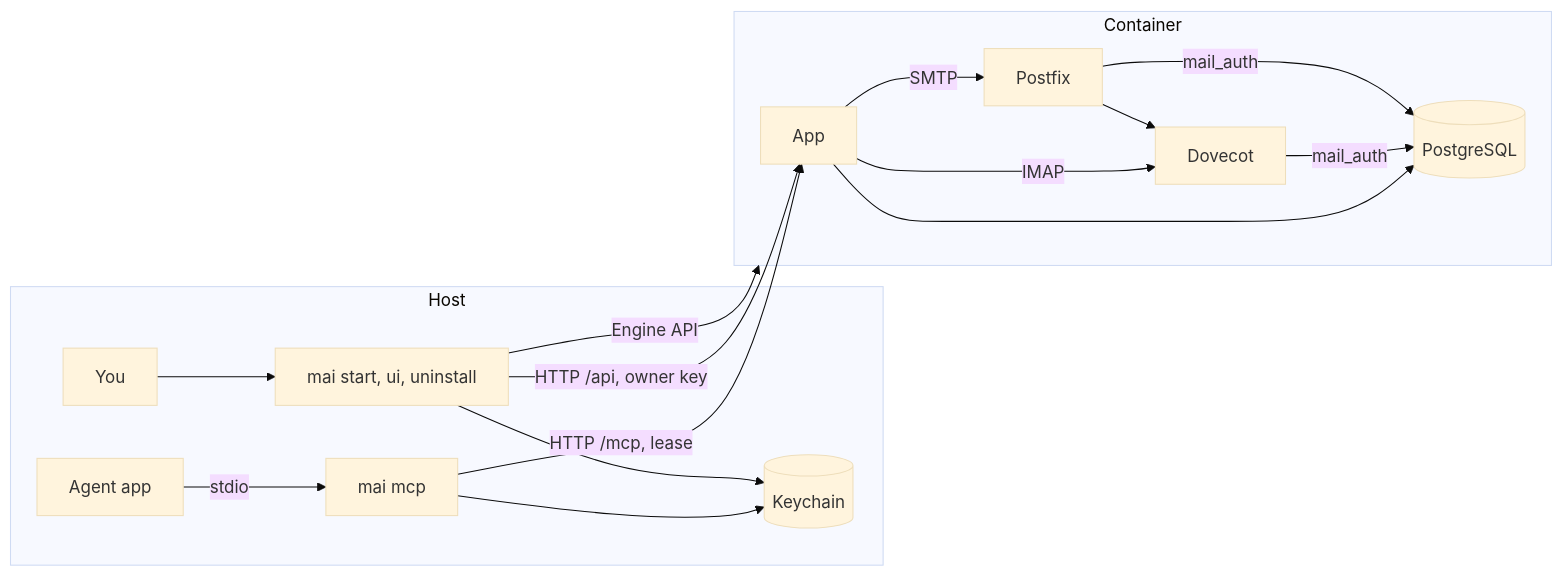
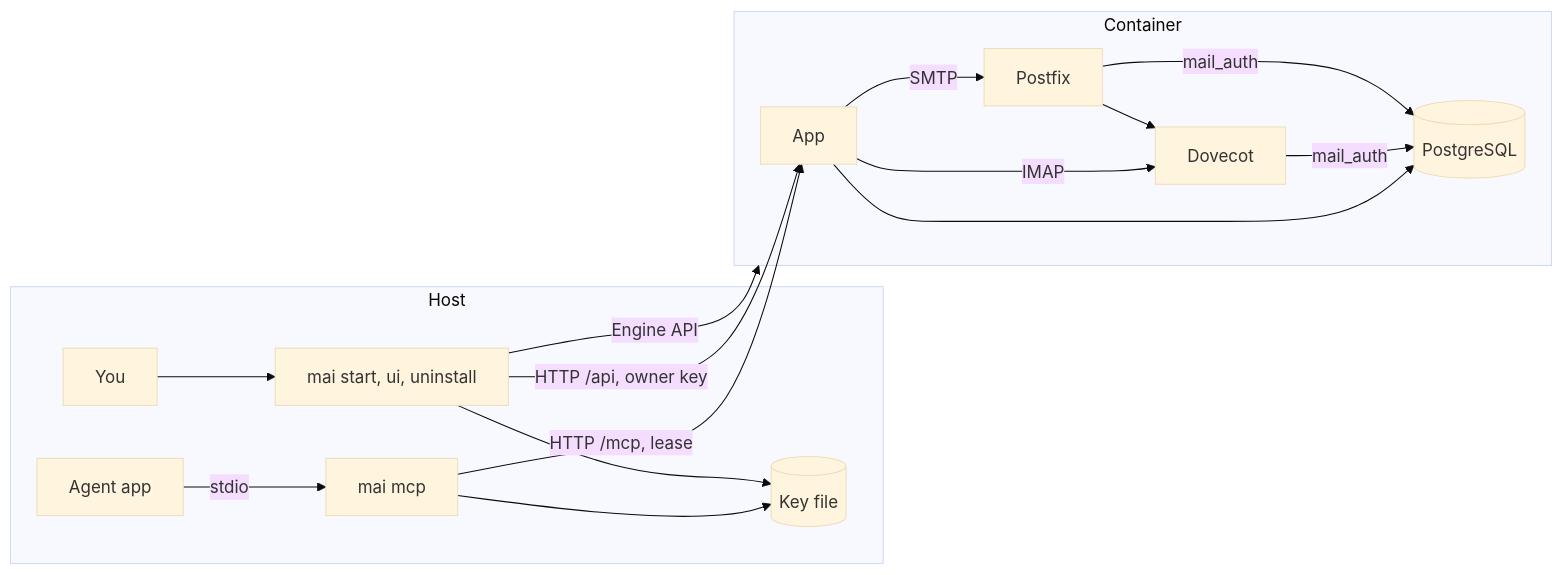
One commit to monorithm/mai changed the diagram in docs/explanation/architecture.md. Above: the diagram before and after it, drawn with Mermaid (base theme). The commit also changed other lines of this file and 7 other files, not shown here.

First line of the commit message:
docs: tell about the key file and the move of the keychain items

````diff
--- a/docs/explanation/architecture.md
+++ b/docs/explanation/architecture.md
@@ -18,21 +18,21 @@
 ```mermaid
 flowchart LR
   subgraph host[Host]
     appx[Agent app] -->|stdio| bridge[mai mcp]
     you[You] --> cli[mai start, ui, uninstall]
-    bridge --> kc[(Keychain)]
-    cli --> kc
+    bridge --> kf[(Key file)]
+    cli --> kf
   end
   subgraph container[Container]
     app[App]
     app -->|IMAP| dovecot[Dovecot]
     app -->|SMTP| postfix[Postfix]
     postfix --> dovecot
     app --> pg[(PostgreSQL)]
     dovecot -->|mail_auth| pg
     postfix -->|mail_auth| pg
   end
   cli -->|Engine API| container
   bridge -->|HTTP /mcp, lease| app
   cli -->|HTTP /api, owner key| app
 ```
````
